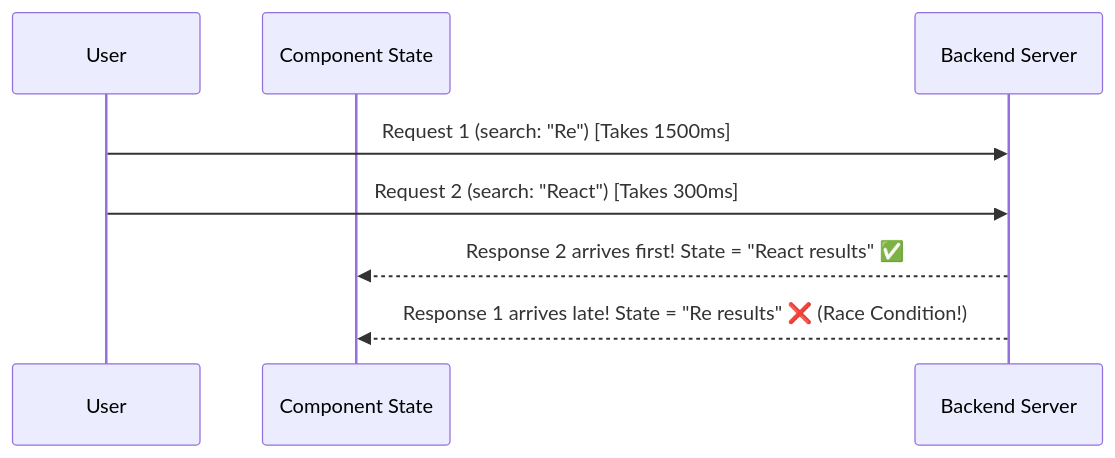
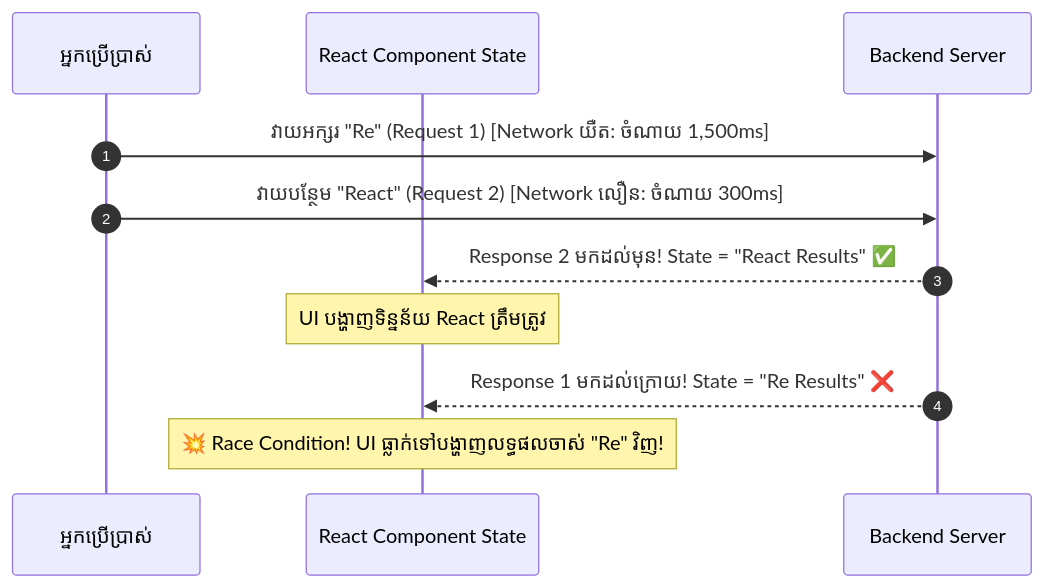
The diagram in src/courses/react/module-9-data-fetching/03-data-fetching-patterns.mdx (Ari-ICU/full-stack-short-coures), drawn with Mermaid before and after one commit. The commit also changed other lines of this file and 26 other files, not shown here.

````diff
--- a/src/courses/react/module-9-data-fetching/03-data-fetching-patterns.mdx
+++ b/src/courses/react/module-9-data-fetching/03-data-fetching-patterns.mdx
@@ -24,11 +47,16 @@
 ```mermaid
 sequenceDiagram
-    participant User
-    participant React as Component State
+    autonumber
+    participant User as អ្នកប្រើប្រាស់
+    participant State as React Component State
     participant API as Backend Server
 
-    User->>API: Request 1 (search: "Re") [Takes 1500ms]
-    User->>API: Request 2 (search: "React") [Takes 300ms]
-    API-->>React: Response 2 arrives first! State = "React results" ✅
-    API-->>React: Response 1 arrives late! State = "Re results" ❌ (Race Condition!)
+    User->>API: វាយអក្សរ "Re" (Request 1) [Network យឺត: ចំណាយ 1,500ms]
+    User->>API: វាយបន្ថែម "React" (Request 2) [Network លឿន: ចំណាយ 300ms]
+    
+    API-->>State: Response 2 មកដល់មុន! State = "React Results" ✅
+    Note over State: UI បង្ហាញទិន្នន័យ React ត្រឹមត្រូវ
+
+    API-->>State: Response 1 មកដល់ក្រោយ! State = "Re Results" ❌
+    Note over State: 💥 Race Condition! UI ធ្លាក់ទៅបង្ហាញលទ្ធផលចាស់ "Re" វិញ!
 ```
````
